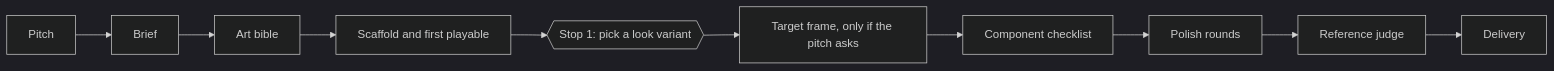
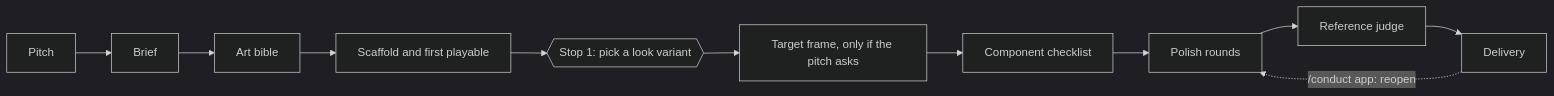
One commit to willianjusten/agent-skills changed the diagram in skills/orchestration/conduct/README.md. Above: the diagram before and after it, drawn with Mermaid (dark theme). The commit also changed other lines of this file and 11 other files, not shown here.

````diff
--- a/skills/orchestration/conduct/README.md
+++ b/skills/orchestration/conduct/README.md
@@ -7,12 +7,13 @@
 ```mermaid
 flowchart LR
   A[Pitch] --> B[Brief]
   B --> C[Art bible]
   C --> D[Scaffold and first playable]
   D --> L{{Stop 1: pick a look variant}}
   L --> E[Target frame, only if the pitch asks]
   E --> F[Component checklist]
   F --> G[Polish rounds]
   G --> H[Reference judge]
   H --> I[Delivery]
+  I -. /conduct app: reopen .-> G
 ```
````
